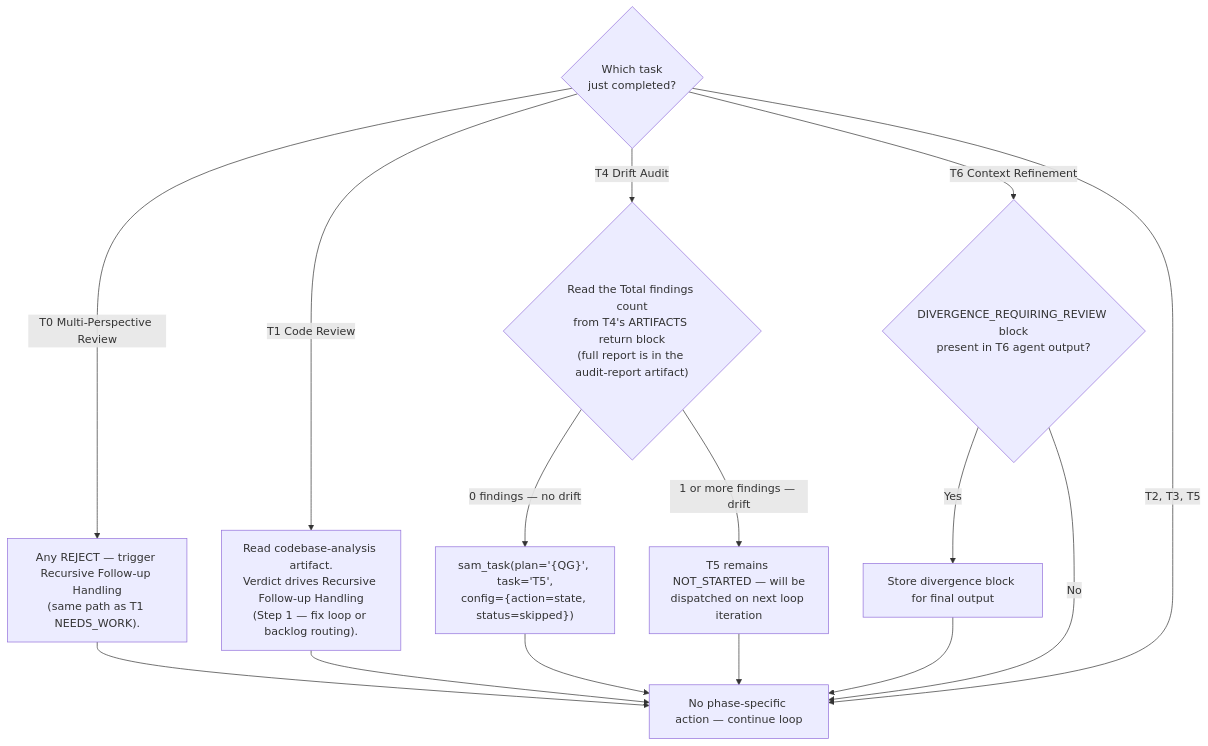
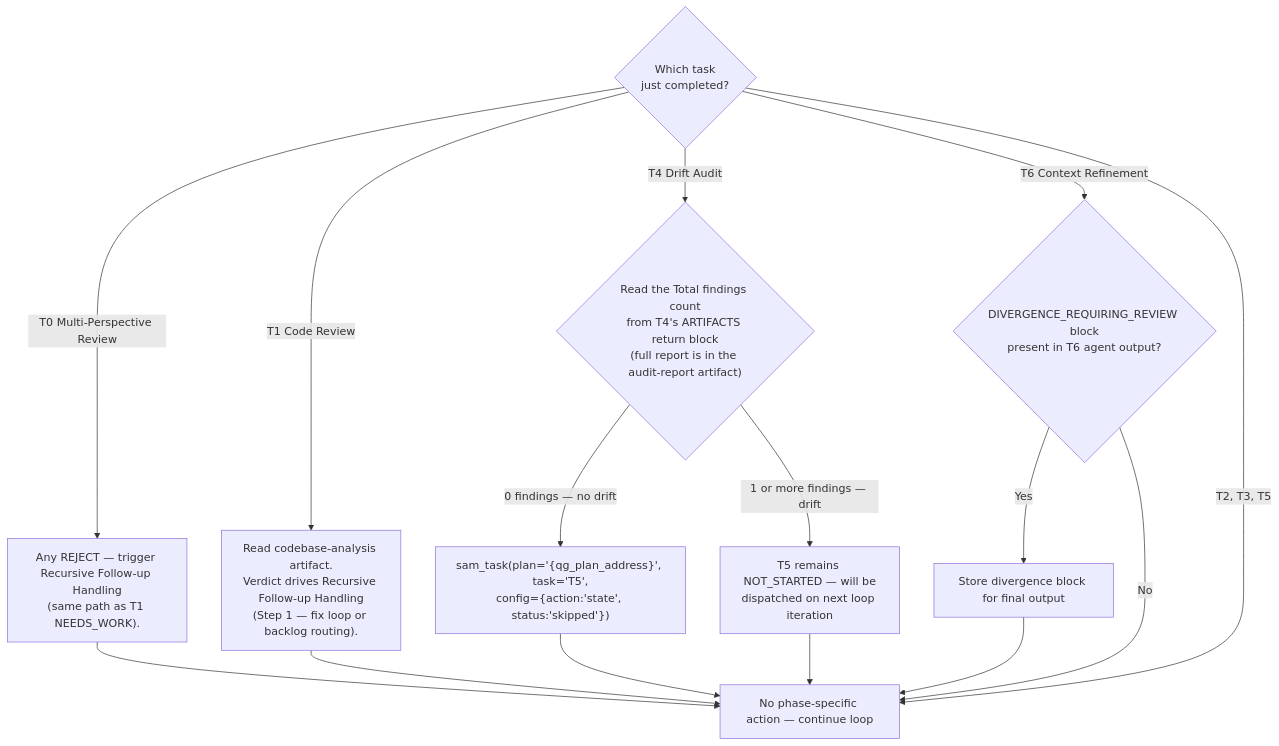
One commit to Jamie-BitFlight/claude_skills changed the seventh of 8 diagrams in plugins/development-harness/skills/complete-implementation/SKILL.md. Above: the diagram before and after it, drawn with Mermaid. The commit also changed other lines of this file and 41 other files, not shown here.

````diff
--- a/plugins/development-harness/skills/complete-implementation/SKILL.md
+++ b/plugins/development-harness/skills/complete-implementation/SKILL.md
@@ -506,18 +516,18 @@
 ```mermaid
 flowchart TD
     Done{Which task<br>just completed?}
     Done -->|T0 Multi-Perspective Review| T0Post["Any REJECT — trigger Recursive Follow-up Handling<br>(same path as T1 NEEDS_WORK)."]
     Done -->|T1 Code Review| T1Post["Read codebase-analysis artifact.<br>Verdict drives Recursive Follow-up Handling<br>(Step 1 — fix loop or backlog routing)."]
     Done -->|T4 Drift Audit| T4Post{"Read the Total findings count<br>from T4's ARTIFACTS return block<br>(full report is in the audit-report artifact)"}
-    T4Post -->|"0 findings — no drift"| SkipT5["sam_task(plan='{QG}', task='T5',<br>config={action=state, status=skipped})"]
+    T4Post -->|"0 findings — no drift"| SkipT5["sam_task(plan='{qg_plan_address}', task='T5',<br>config={action:'state', status:'skipped'})"]
     T4Post -->|"1 or more findings — drift"| T5Ready["T5 remains NOT_STARTED — will be<br>dispatched on next loop iteration"]
     Done -->|T6 Context Refinement| T6Post{"DIVERGENCE_REQUIRING_REVIEW block<br>present in T6 agent output?"}
     T6Post -->|"Yes"| StoreDiv["Store divergence block for final output"]
     T6Post -->|"No"| Continue["No phase-specific action — continue loop"]
     Done -->|"T2, T3, T5"| Continue
     T0Post --> Continue
     T1Post --> Continue
     SkipT5 --> Continue
     T5Ready --> Continue
     StoreDiv --> Continue
 ```
````
